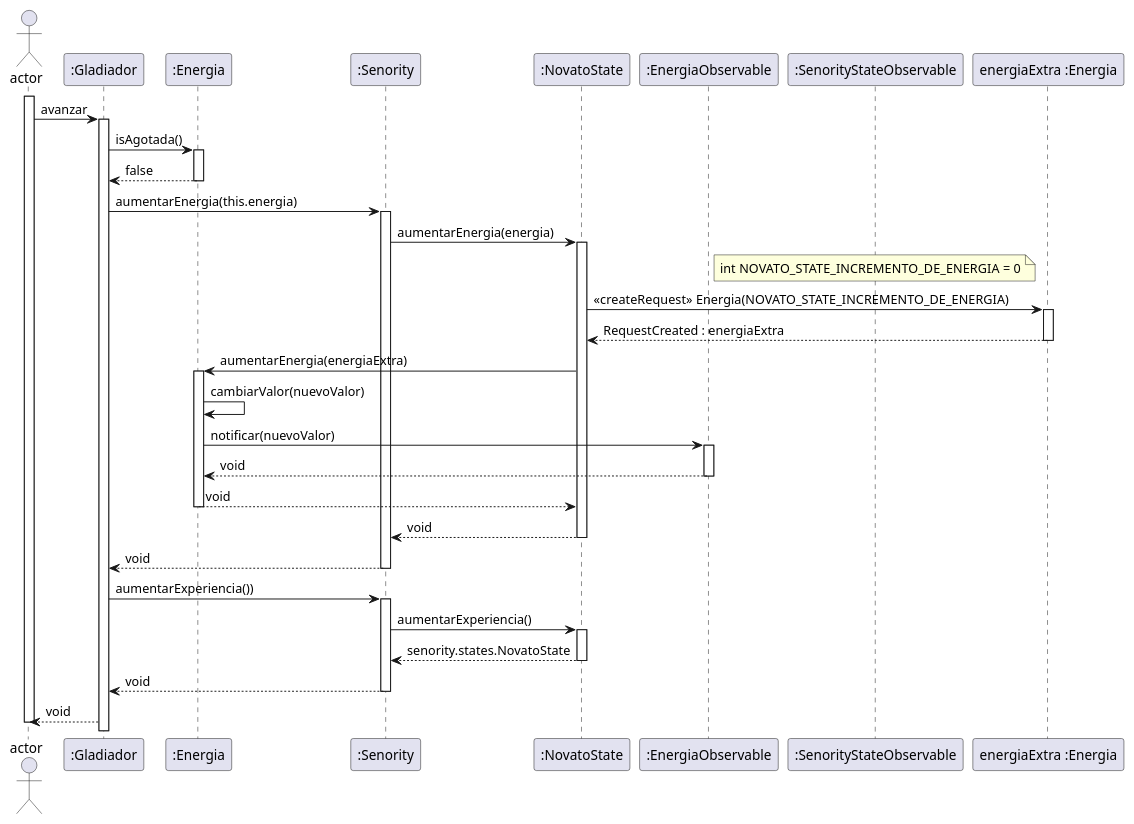
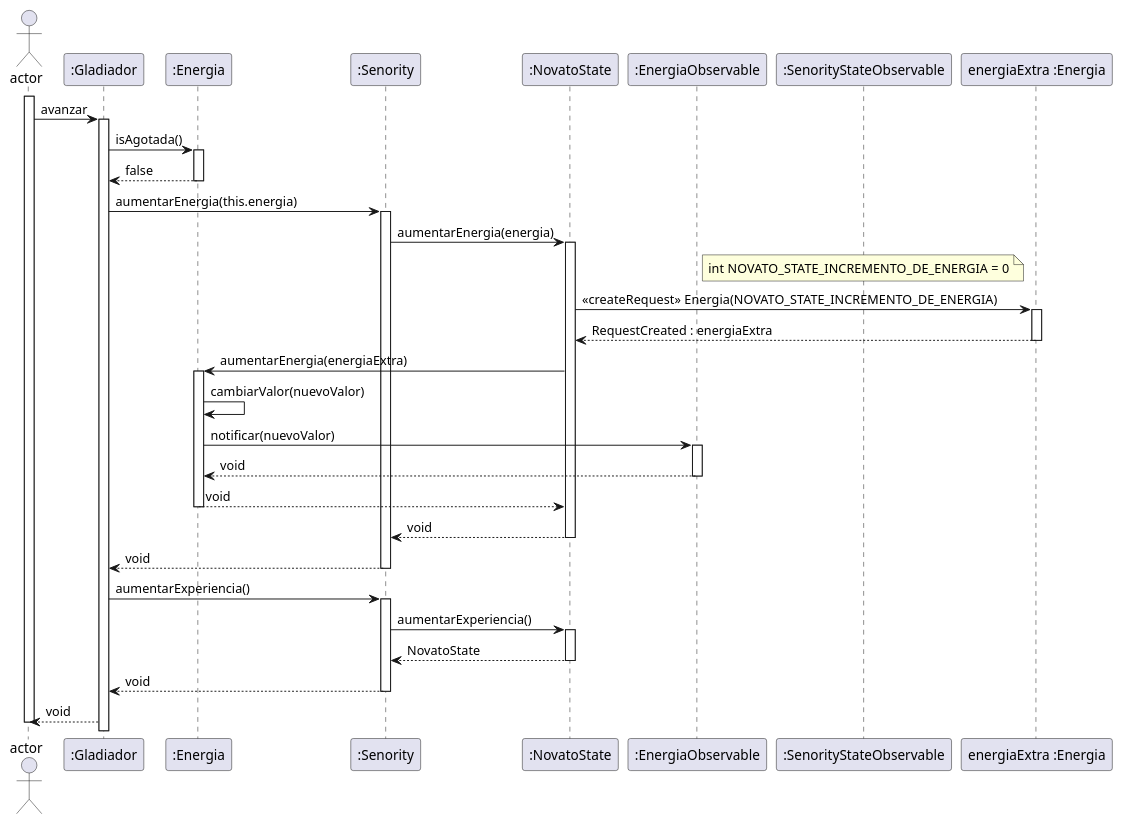
One commit to RodriguezNazareno56/FIUBA-Algo3-TP2 changed the diagram in diagrams/sequences/AvanzarGladiadorConSeniorityNovato_PolimorfimoAlIncrementarEnergiaDeAcuerdoAlSeniority.plantuml. Above: the diagram before and after it, drawn with PlantUML. The commit also changed 8 other files, not shown here.

Commit message:
ultimo refactor sobre los diagramas de secuencias (#204)

```diff
--- a/diagrams/sequences/AvanzarGladiadorConSeniorityNovato_PolimorfimoAlIncrementarEnergiaDeAcuerdoAlSeniority.plantuml
+++ b/diagrams/sequences/AvanzarGladiadorConSeniorityNovato_PolimorfimoAlIncrementarEnergiaDeAcuerdoAlSeniority.plantuml
@@ -1,53 +1,53 @@
 @startuml
 actor Actor as "actor"
 participant Gladiador as ":Gladiador"
 participant Energia as ":Energia"
 participant Senority as ":Senority"
 participant NovatoState as ":NovatoState"
 participant ObservableEnergia as ":EnergiaObservable"
 participant ObservableSenorityState as ":SenorityStateObservable"
 participant EnergiaExtra as "energiaExtra :Energia"
 
   Note right
 verificarQueSiPasan8TurnosElSeniorityDelGladiadorPasaDeNovatoASemiSeniorYVeSuEnergiaIncrementadaAlProximoTurno
   End note
   activate Actor
     Actor->Gladiador: avanzar
     activate Gladiador
       Gladiador->Energia: isAgotada()
       activate Energia
       Gladiador<--Energia: false
       deactivate Energia
       Gladiador->Senority: aumentarEnergia(this.energia)
       activate Senority
         Senority->NovatoState: aumentarEnergia(energia)
         activate NovatoState
         note over ObservableSenorityState : int NOVATO_STATE_INCREMENTO_DE_ENERGIA = 0
         NovatoState->EnergiaExtra: << createRequest >> Energia(NOVATO_STATE_INCREMENTO_DE_ENERGIA)
         activate EnergiaExtra
         EnergiaExtra-->NovatoState: RequestCreated : energiaExtra
         deactivate EnergiaExtra
           NovatoState->Energia: aumentarEnergia(energiaExtra)
           activate Energia
           Energia->Energia: cambiarValor(nuevoValor)
             Energia->ObservableEnergia: notificar(nuevoValor)
             activate ObservableEnergia
             Energia<--ObservableEnergia: void
             deactivate ObservableEnergia
           NovatoState<--Energia: void
           deactivate Energia
         Senority<--NovatoState: void
         deactivate NovatoState
       Gladiador<--Senority: void
       deactivate Senority
-      Gladiador->Senority: aumentarExperiencia())
+      Gladiador->Senority: aumentarExperiencia()
       activate Senority
         Senority->NovatoState: aumentarExperiencia()
         activate NovatoState
-        Senority<--NovatoState: senority.states.NovatoState
+        Senority<--NovatoState: NovatoState
         deactivate NovatoState
       Gladiador<--Senority: void
       deactivate Senority
     Actor<--Gladiador: void
   deactivate Actor
 @enduml
```
